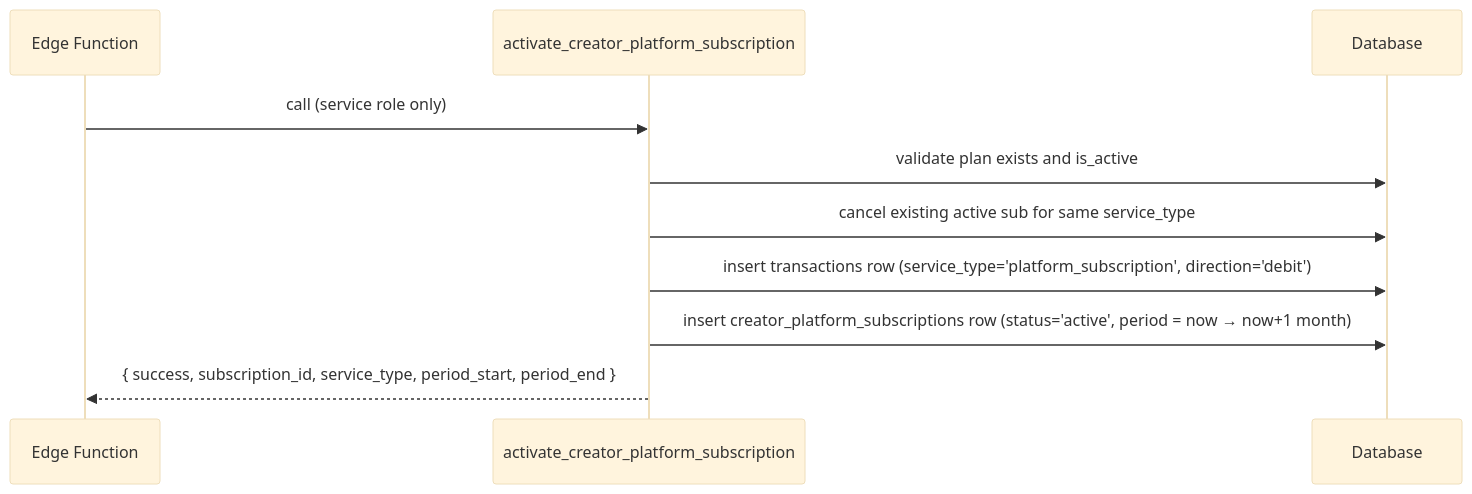
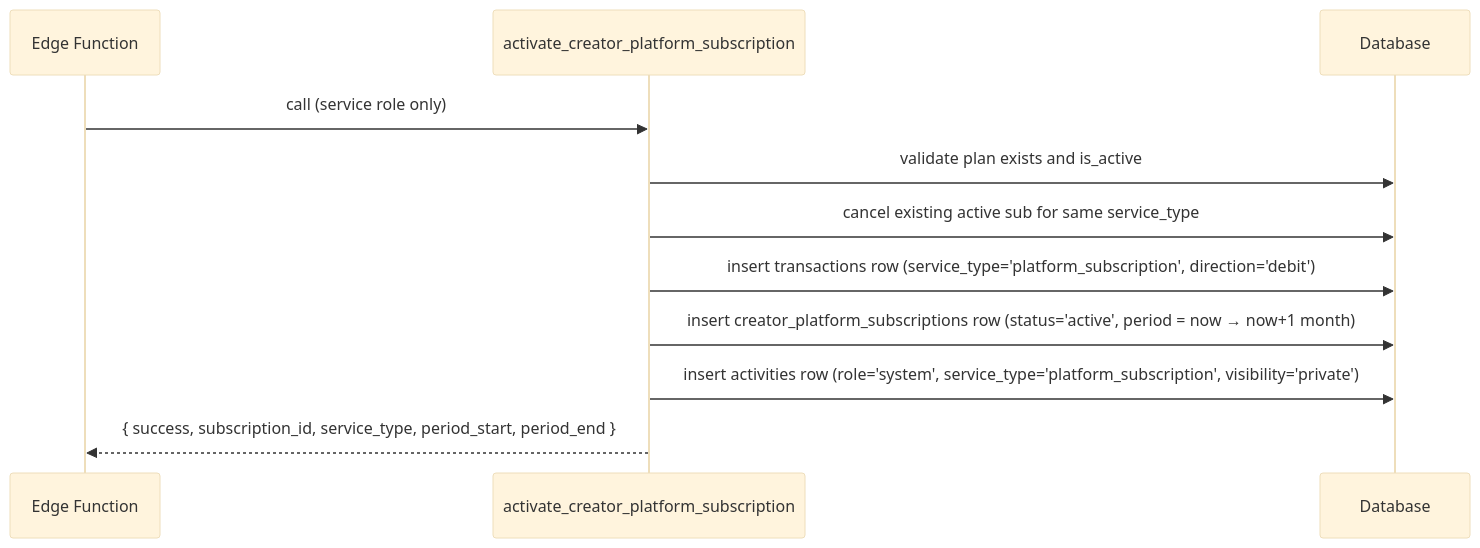
The diagram in docs/platform-subscriptions/backend/rpcs.md (hobenakicoffee/libraries), drawn with Mermaid (base theme) before and after one commit. The commit also changed other lines of this file and 3 other files, not shown here.

````diff
--- a/docs/platform-subscriptions/backend/rpcs.md
+++ b/docs/platform-subscriptions/backend/rpcs.md
@@ -159,13 +162,14 @@
 ```mermaid
 sequenceDiagram
     participant EF as Edge Function
     participant RPC as activate_creator_platform_subscription
     participant DB as Database
 
     EF->>RPC: call (service role only)
     RPC->>DB: validate plan exists and is_active
     RPC->>DB: cancel existing active sub for same service_type
     RPC->>DB: insert transactions row (service_type='platform_subscription', direction='debit')
     RPC->>DB: insert creator_platform_subscriptions row (status='active', period = now → now+1 month)
+    RPC->>DB: insert activities row (role='system', service_type='platform_subscription', visibility='private')
     RPC-->>EF: { success, subscription_id, service_type, period_start, period_end }
 ```
````
